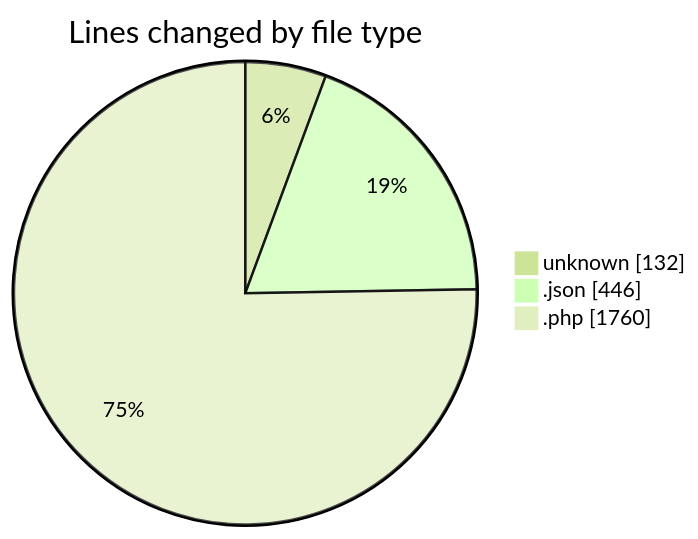
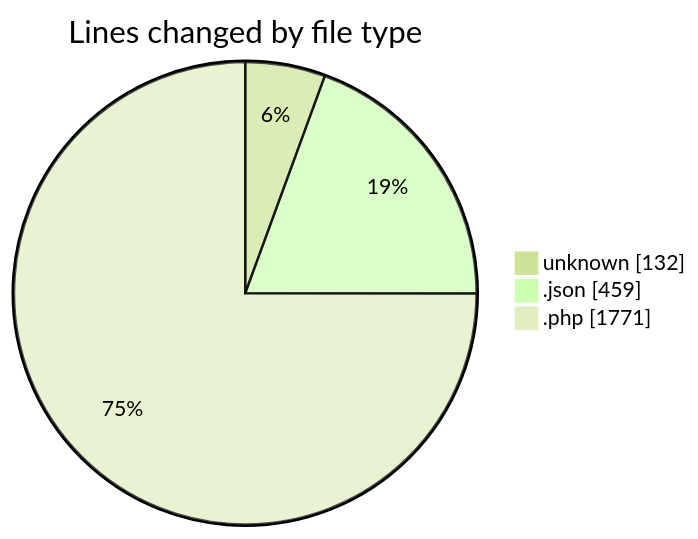
The first of 2 diagrams in 2025-03-26/autodidak/README.md (idhammustaqopulfikri/code-tracking), drawn with Mermaid (forest theme) before and after one commit. The commit also changed other lines of this file and 1 other file, not shown here.

````diff
--- a/2025-03-26/autodidak/README.md
+++ b/2025-03-26/autodidak/README.md
@@ -27,7 +30,7 @@
 ```mermaid
 pie showData
 title Lines changed by file type
 "unknown" : 132
-".json" : 446
-".php" : 1760
+".json" : 459
+".php" : 1771
 ```
````
